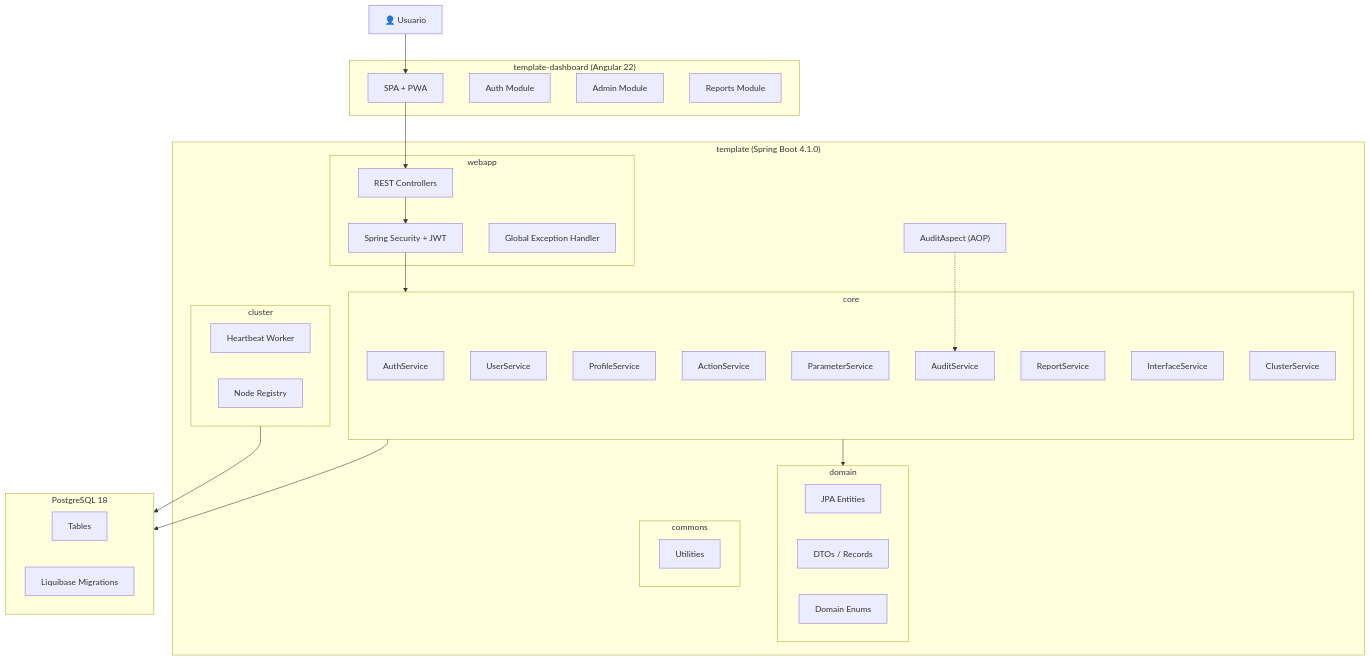
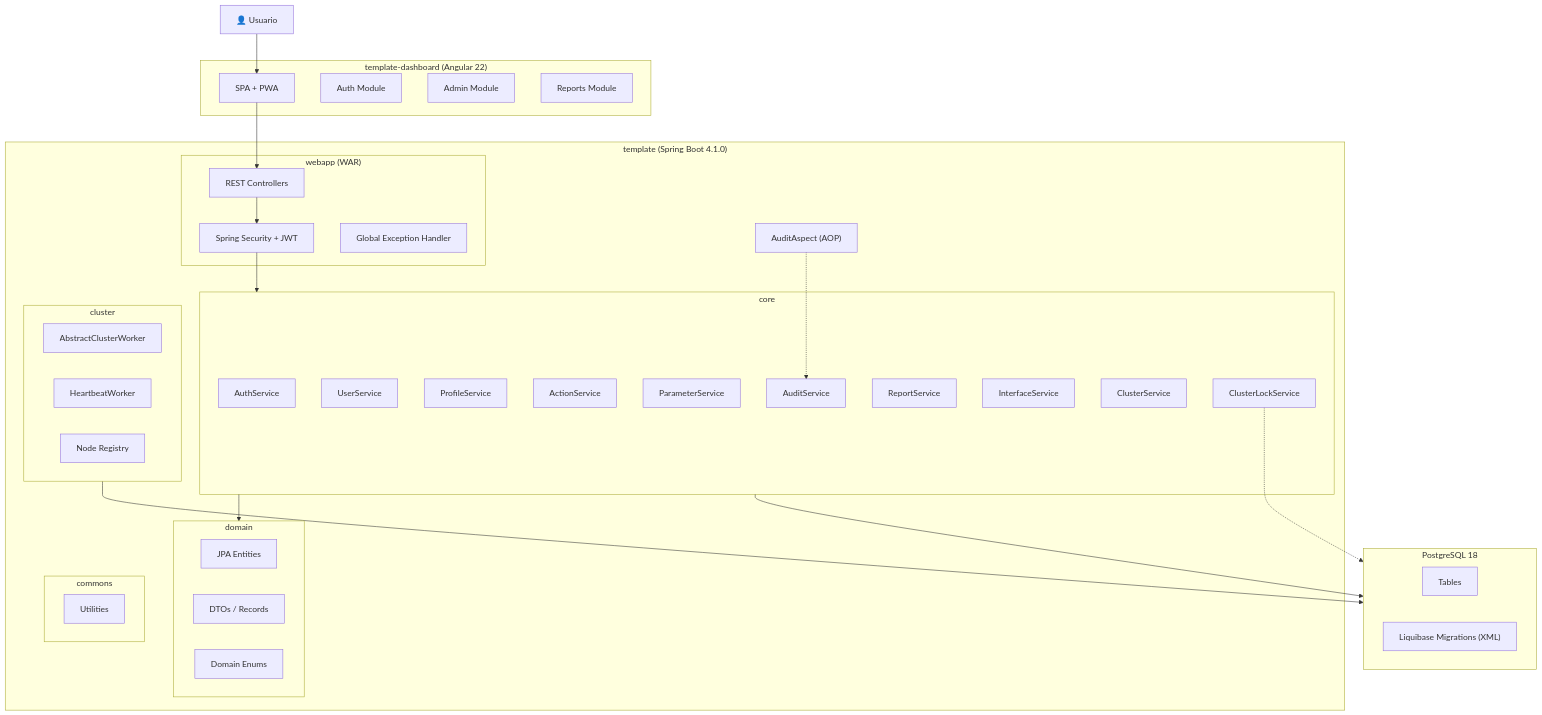
One commit to ijgomez/template changed the first of 5 diagrams in .kiro/specs/template-app/design.md. Above: the diagram before and after it, drawn with Mermaid. The commit also changed other lines of this file and 2 other files, not shown here.

````diff
--- a/.kiro/specs/template-app/design.md
+++ b/.kiro/specs/template-app/design.md
@@ -27,62 +29,65 @@
 ```mermaid
 flowchart TB
     User["👤 Usuario"]
     
     subgraph Frontend["template-dashboard (Angular 22)"]
         SPA["SPA + PWA"]
         AuthModule["Auth Module"]
         AdminModule["Admin Module"]
         ReportsModule["Reports Module"]
     end
     
     subgraph Backend["template (Spring Boot 4.1.0)"]
-        subgraph Webapp["webapp"]
+        subgraph Webapp["webapp (WAR)"]
             Controllers["REST Controllers"]
             Security["Spring Security + JWT"]
             ExceptionHandler["Global Exception Handler"]
         end
         
         subgraph Core["core"]
             AuthService["AuthService"]
             UserService["UserService"]
             ProfileService["ProfileService"]
             ActionService["ActionService"]
             ParameterService["ParameterService"]
             AuditService["AuditService"]
             ReportService["ReportService"]
             InterfaceService["InterfaceService"]
             ClusterService["ClusterService"]
+            ClusterLockService["ClusterLockService"]
         end
         
         subgraph Domain["domain"]
             Entities["JPA Entities"]
             DTOs["DTOs / Records"]
             Enums["Domain Enums"]
         end
         
         subgraph Cluster["cluster"]
-            Heartbeat["Heartbeat Worker"]
+            AbstractClusterWorker["AbstractClusterWorker"]
+            HeartbeatWorker["HeartbeatWorker"]
             NodeRegistry["Node Registry"]
         end
         
         subgraph Commons["commons"]
             Utils["Utilities"]
         end
         
         AOP["AuditAspect (AOP)"]
     end
     
     subgraph Database["PostgreSQL 18"]
         Tables["Tables"]
-        Liquibase["Liquibase Migrations"]
+        Liquibase["Liquibase Migrations (XML)"]
     end
     
     User --> SPA
     SPA --> Controllers
     Controllers --> Security
     Security --> Core
     Core --> Domain
     Core --> Database
     Cluster --> Database
     AOP -.-> AuditService
+    ClusterLockService -.-> Database
 ```
````
